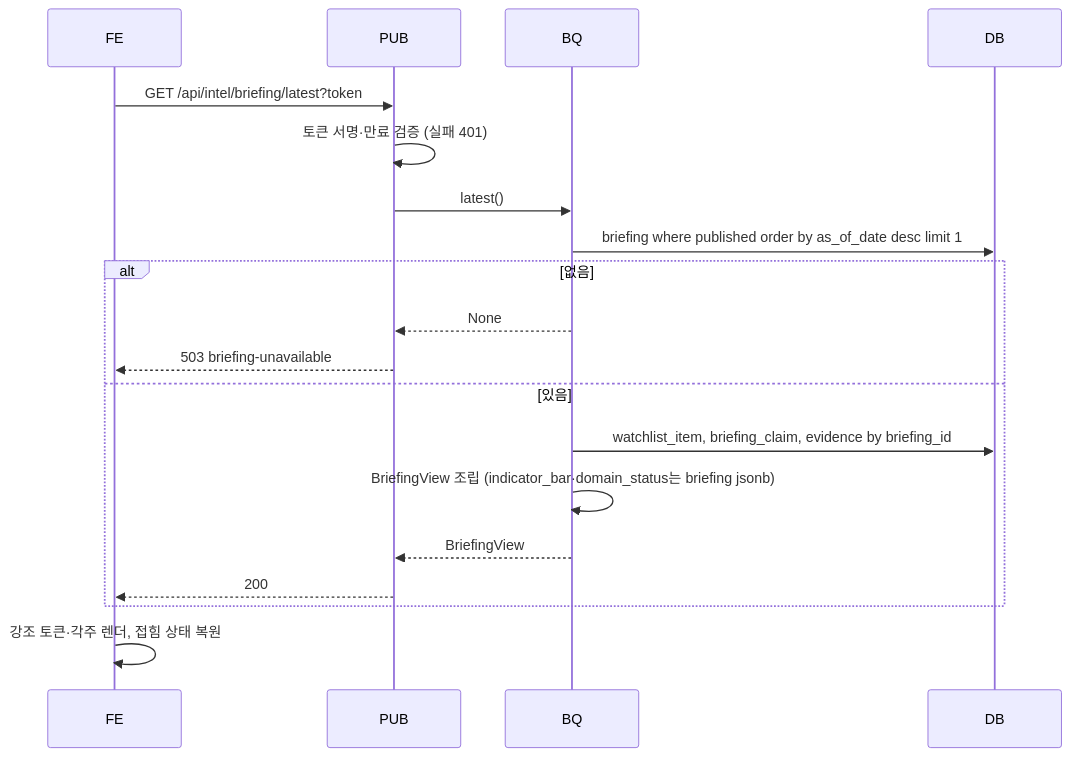
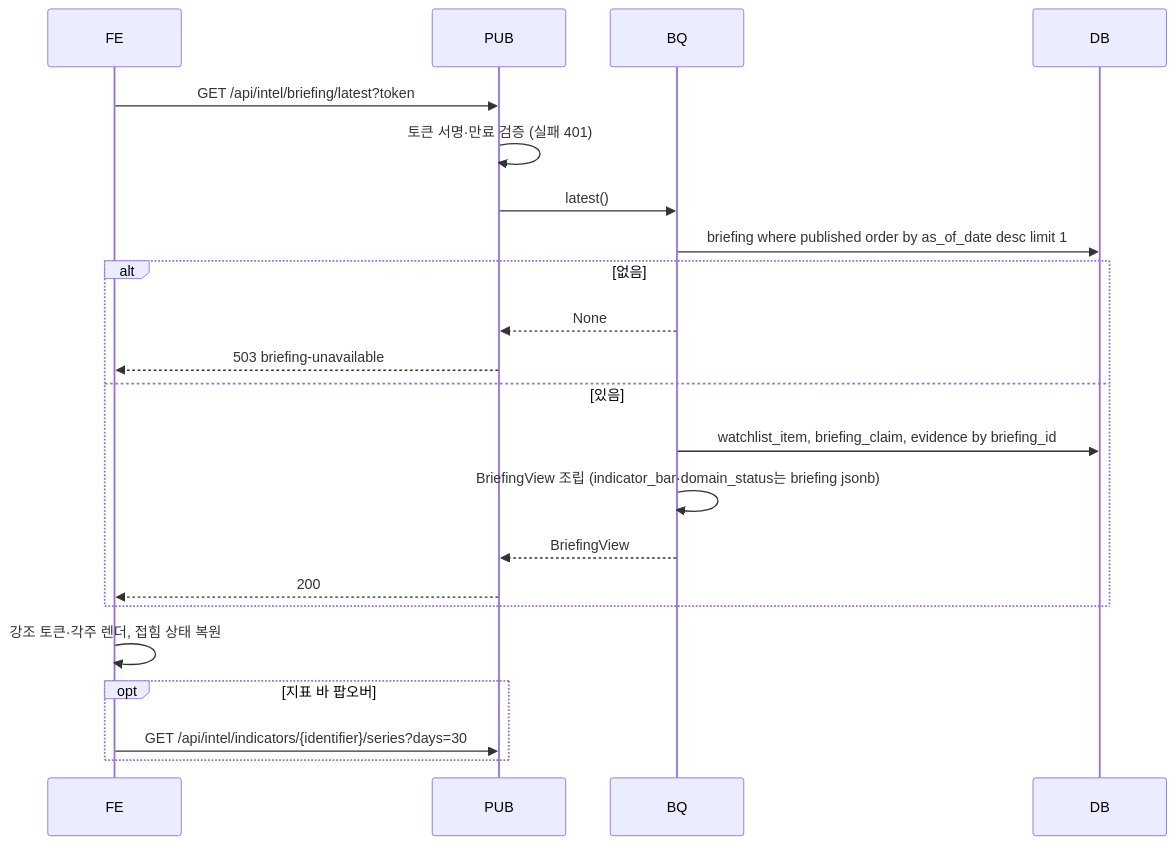
Before and after one commit to HoyoungParkme/tableau_platform: the first of 9 diagrams in docs/specs/09-SEQ/TBL-SEQ-001.md, drawn with Mermaid. The commit also changed other lines of this file, not shown here.

Commit message:
끊어진 참조 해결: SEQ-2 판매 상세(UC-H3·판매 상세 API 삭제) 제거 유저 지시(2026-09-16). 설정 생명선(CFG)도 제거. 새 방향(8단계, LLM 세 지점) 전면 반영은 다음 버전에서 한다.

````diff
--- a/docs/specs/09-SEQ/TBL-SEQ-001.md
+++ b/docs/specs/09-SEQ/TBL-SEQ-001.md
@@ -54,21 +54,24 @@
 ```mermaid
 sequenceDiagram
   participant FE
   participant PUB
   participant BQ
   participant DB
   FE->>PUB: GET /api/intel/briefing/latest?token
   PUB->>PUB: 토큰 서명·만료 검증 (실패 401)
   PUB->>BQ: latest()
   BQ->>DB: briefing where published order by as_of_date desc limit 1
   alt 없음
     BQ-->>PUB: None
     PUB-->>FE: 503 briefing-unavailable
   else 있음
     BQ->>DB: watchlist_item, briefing_claim, evidence by briefing_id
     BQ->>BQ: BriefingView 조립 (indicator_bar·domain_status는 briefing jsonb)
     BQ-->>PUB: BriefingView
     PUB-->>FE: 200
   end
   FE->>FE: 강조 토큰·각주 렌더, 접힘 상태 복원
+  opt 지표 바 팝오버
+    FE->>PUB: GET /api/intel/indicators/{identifier}/series?days=30
+  end
 ```
````
